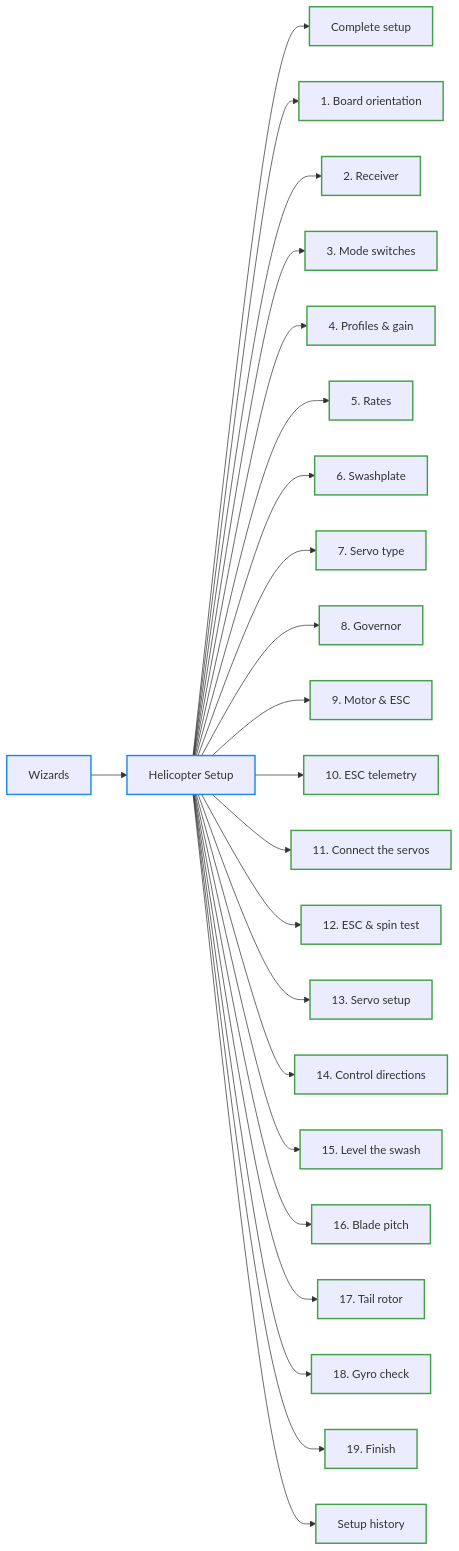
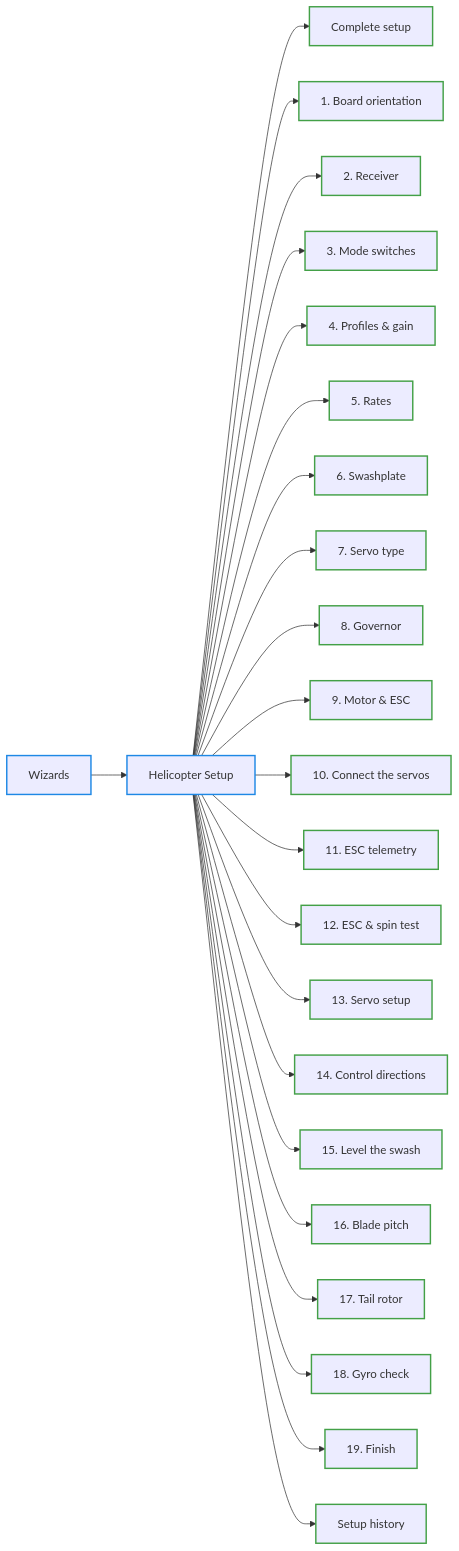
One commit to rotorflight/rotorflight-lua-edgetx-suite changed the fourth of 7 diagrams in docs/reference/menu-structure.md. Above: the diagram before and after it, drawn with Mermaid. The commit also changed other lines of this file and 12 other files, not shown here.

Commit message:
docs(setup): the new step order, the regenerated flow and menu map

````diff
--- a/docs/reference/menu-structure.md
+++ b/docs/reference/menu-structure.md
@@ -269,53 +269,53 @@
 ```mermaid
 flowchart LR
   n0["Wizards"]:::menu
   n1["Helicopter Setup"]:::menu
   n0 --> n1
   n2["Complete setup"]:::documented
   n1 --> n2
   n3["1. Board orientation"]:::documented
   n1 --> n3
   n4["2. Receiver"]:::documented
   n1 --> n4
   n5["3. Mode switches"]:::documented
   n1 --> n5
   n6["4. Profiles #amp; gain"]:::documented
   n1 --> n6
   n7["5. Rates"]:::documented
   n1 --> n7
   n8["6. Swashplate"]:::documented
   n1 --> n8
   n9["7. Servo type"]:::documented
   n1 --> n9
   n10["8. Governor"]:::documented
   n1 --> n10
   n11["9. Motor #amp; ESC"]:::documented
   n1 --> n11
-  n12["10. ESC telemetry"]:::documented
+  n12["10. Connect the servos"]:::documented
   n1 --> n12
-  n13["11. Connect the servos"]:::documented
+  n13["11. ESC telemetry"]:::documented
   n1 --> n13
   n14["12. ESC #amp; spin test"]:::documented
   n1 --> n14
   n15["13. Servo setup"]:::documented
   n1 --> n15
   n16["14. Control directions"]:::documented
   n1 --> n16
   n17["15. Level the swash"]:::documented
   n1 --> n17
   n18["16. Blade pitch"]:::documented
   n1 --> n18
   n19["17. Tail rotor"]:::documented
   n1 --> n19
   n20["18. Gyro check"]:::documented
   n1 --> n20
   n21["19. Finish"]:::documented
   n1 --> n21
   n22["Setup history"]:::documented
   n1 --> n22
   classDef section stroke:#78909c,stroke-width:3px,font-weight:bold
   classDef menu stroke:#1e88e5,stroke-width:2px
   classDef documented stroke:#43a047,stroke-width:2px
   classDef undocumented stroke:#fb8c00,stroke-width:2px,stroke-dasharray:5 4
   classDef empty stroke:#9e9e9e,stroke-width:2px,stroke-dasharray:2 3
 ```
````
